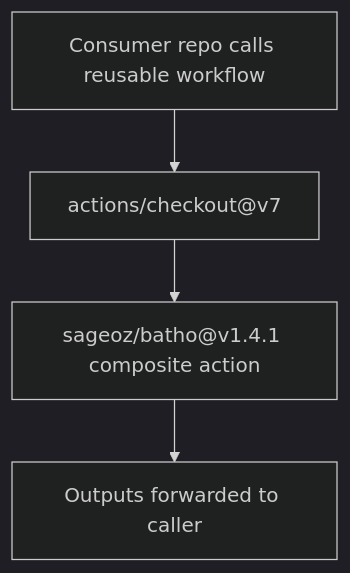
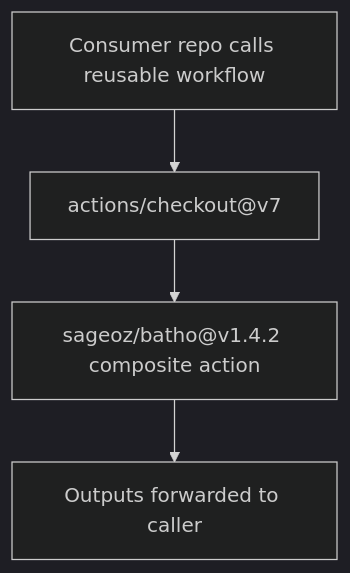
Before and after one commit to sageoz/Batho: the diagram in docs-site/docs/cicd/reusable-workflow.md, drawn with Mermaid (dark theme). The commit also changed other lines of this file and 18 other files, not shown here.

````diff
--- a/docs-site/docs/cicd/reusable-workflow.md
+++ b/docs-site/docs/cicd/reusable-workflow.md
@@ -7,6 +7,6 @@
 ```mermaid
 flowchart TD
     A["Consumer repo calls reusable workflow"] --> B["actions/checkout@v7"]
-    B --> C["sageoz/batho@v1.4.1 composite action"]
+    B --> C["sageoz/batho@v1.4.2 composite action"]
     C --> D["Outputs forwarded to caller"]
 ```
````
